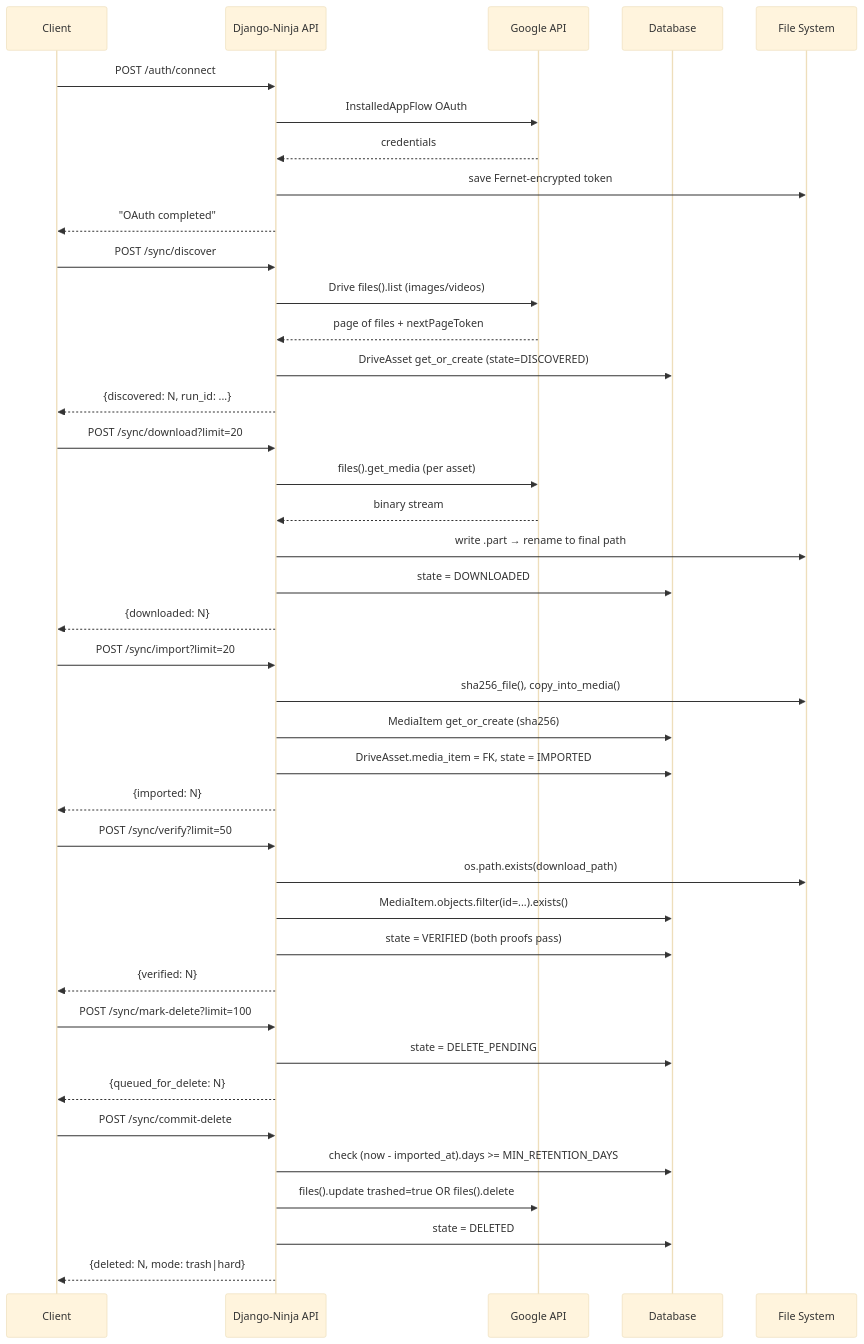
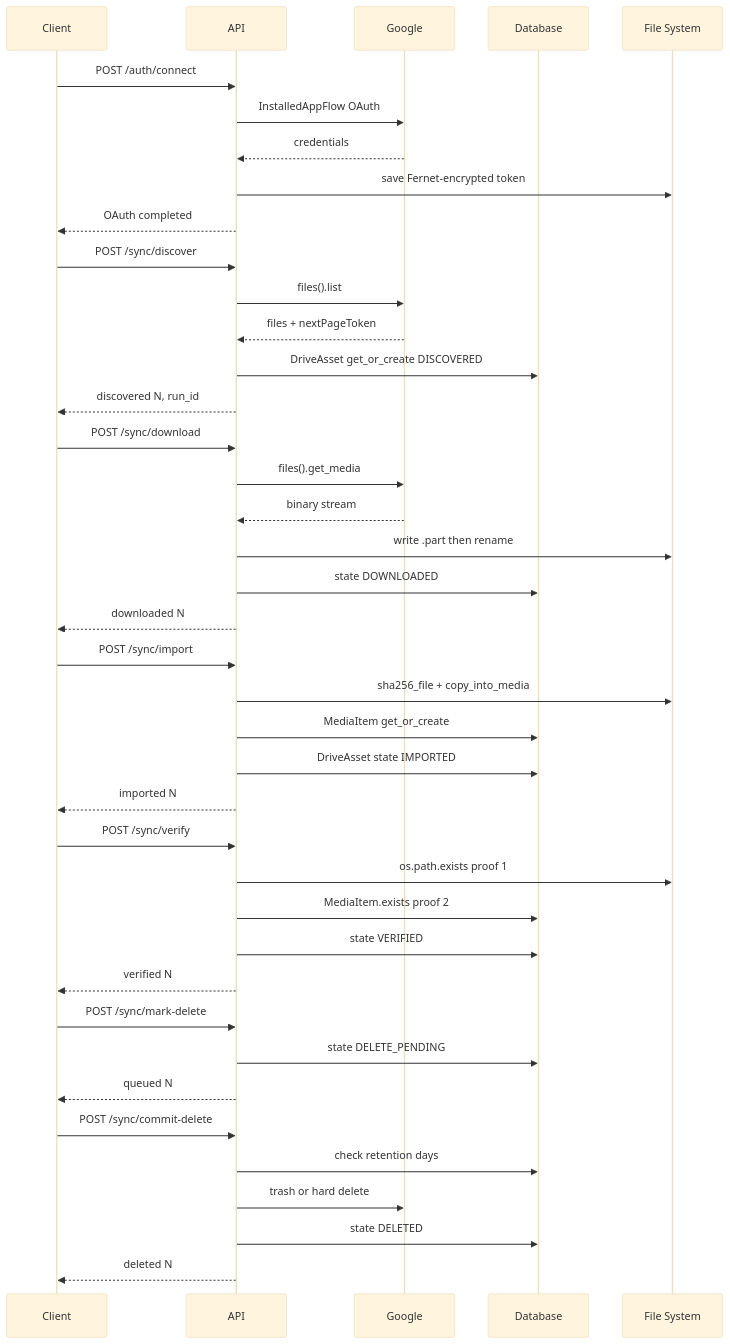
The fourth of 4 diagrams in README.md (devadalberto/backdeezup), drawn with Mermaid (base theme) before and after one commit. The commit also changed other lines of this file and 18 other files, not shown here.

First line of the commit message:
docs: release v0.3.0 - complete documentation suite and fixed Mermaid diagrams

````diff
--- a/README.md
+++ b/README.md
@@ -85,49 +85,49 @@
 ```mermaid
 sequenceDiagram
     participant C as Client
-    participant A as Django-Ninja API
-    participant G as Google API
+    participant A as API
+    participant G as Google
     participant DB as Database
     participant FS as File System
 
     C->>A: POST /auth/connect
     A->>G: InstalledAppFlow OAuth
     G-->>A: credentials
     A->>FS: save Fernet-encrypted token
-    A-->>C: "OAuth completed"
+    A-->>C: OAuth completed
 
     C->>A: POST /sync/discover
-    A->>G: Drive files().list (images/videos)
-    G-->>A: page of files + nextPageToken
-    A->>DB: DriveAsset get_or_create (state=DISCOVERED)
-    A-->>C: {discovered: N, run_id: ...}
+    A->>G: files().list
+    G-->>A: files + nextPageToken
+    A->>DB: DriveAsset get_or_create DISCOVERED
+    A-->>C: discovered N, run_id
 
-    C->>A: POST /sync/download?limit=20
-    A->>G: files().get_media (per asset)
+    C->>A: POST /sync/download
+    A->>G: files().get_media
     G-->>A: binary stream
-    A->>FS: write .part → rename to final path
-    A->>DB: state = DOWNLOADED
-    A-->>C: {downloaded: N}
+    A->>FS: write .part then rename
+    A->>DB: state DOWNLOADED
+    A-->>C: downloaded N
 
-    C->>A: POST /sync/import?limit=20
-    A->>FS: sha256_file(), copy_into_media()
-    A->>DB: MediaItem get_or_create (sha256)
-    A->>DB: DriveAsset.media_item = FK, state = IMPORTED
-    A-->>C: {imported: N}
+    C->>A: POST /sync/import
+    A->>FS: sha256_file + copy_into_media
+    A->>DB: MediaItem get_or_create
+    A->>DB: DriveAsset state IMPORTED
+    A-->>C: imported N
 
-    C->>A: POST /sync/verify?limit=50
-    A->>FS: os.path.exists(download_path)
-    A->>DB: MediaItem.objects.filter(id=...).exists()
-    A->>DB: state = VERIFIED (both proofs pass)
-    A-->>C: {verified: N}
+    C->>A: POST /sync/verify
+    A->>FS: os.path.exists proof 1
+    A->>DB: MediaItem.exists proof 2
+    A->>DB: state VERIFIED
+    A-->>C: verified N
 
-    C->>A: POST /sync/mark-delete?limit=100
-    A->>DB: state = DELETE_PENDING
-    A-->>C: {queued_for_delete: N}
+    C->>A: POST /sync/mark-delete
+    A->>DB: state DELETE_PENDING
+    A-->>C: queued N
 
     C->>A: POST /sync/commit-delete
-    A->>DB: check (now - imported_at).days >= MIN_RETENTION_DAYS
-    A->>G: files().update trashed=true  OR  files().delete
-    A->>DB: state = DELETED
-    A-->>C: {deleted: N, mode: trash|hard}
+    A->>DB: check retention days
+    A->>G: trash or hard delete
+    A->>DB: state DELETED
+    A-->>C: deleted N
 ```
````
